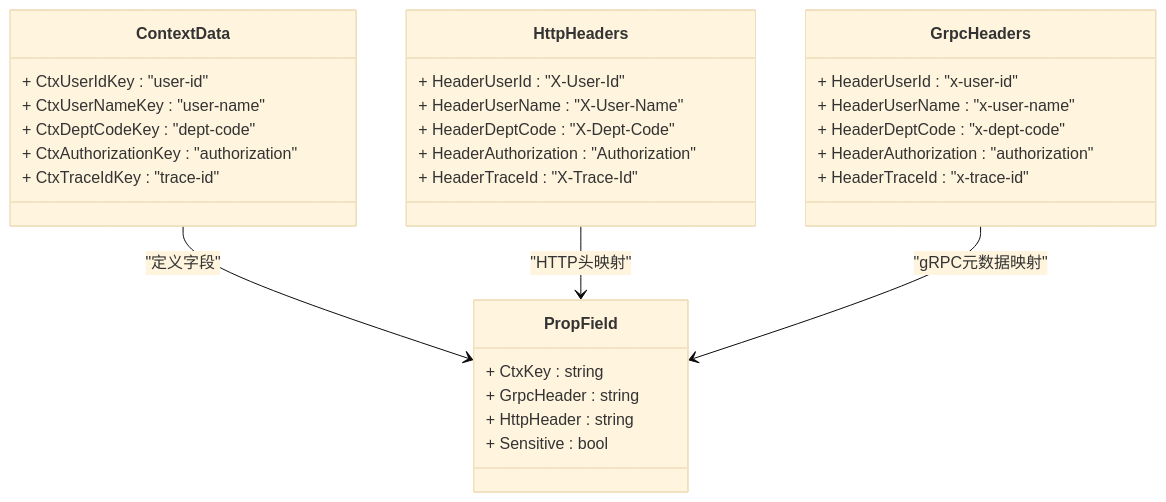
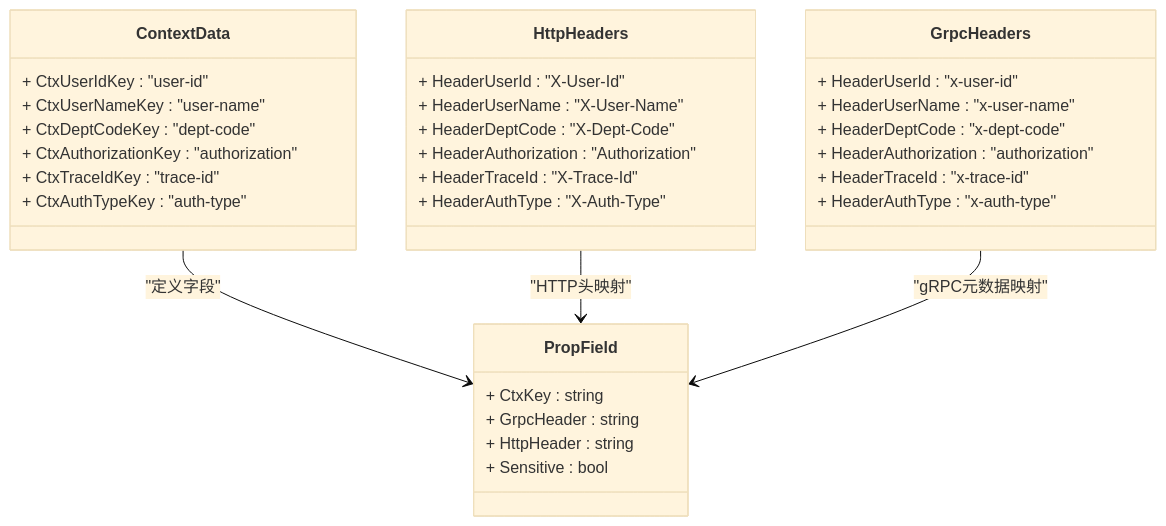
The tenth of 23 diagrams in .qoder/repowiki/zh/content/核心服务详解/Mcpx客户端包.md (maomao94/zero-service), drawn with Mermaid (base theme) before and after one commit. The commit also changed other lines of this file and 25 other files, not shown here.

````diff
--- a/.qoder/repowiki/zh/content/核心服务详解/Mcpx客户端包.md
+++ b/.qoder/repowiki/zh/content/核心服务详解/Mcpx客户端包.md
@@ -438,33 +480,36 @@
 ```mermaid
 classDiagram
 class PropField {
 + CtxKey : string
 + GrpcHeader : string
 + HttpHeader : string
 + Sensitive : bool
 }
 class ContextData {
 + CtxUserIdKey : "user-id"
 + CtxUserNameKey : "user-name"
 + CtxDeptCodeKey : "dept-code"
 + CtxAuthorizationKey : "authorization"
 + CtxTraceIdKey : "trace-id"
++ CtxAuthTypeKey : "auth-type"
 }
 class HttpHeaders {
 + HeaderUserId : "X-User-Id"
 + HeaderUserName : "X-User-Name"
 + HeaderDeptCode : "X-Dept-Code"
 + HeaderAuthorization : "Authorization"
 + HeaderTraceId : "X-Trace-Id"
++ HeaderAuthType : "X-Auth-Type"
 }
 class GrpcHeaders {
 + HeaderUserId : "x-user-id"
 + HeaderUserName : "x-user-name"
 + HeaderDeptCode : "x-dept-code"
 + HeaderAuthorization : "authorization"
 + HeaderTraceId : "x-trace-id"
++ HeaderAuthType : "x-auth-type"
 }
 ContextData --> PropField : "定义字段"
 HttpHeaders --> PropField : "HTTP头映射"
 GrpcHeaders --> PropField : "gRPC元数据映射"
 ```
````
